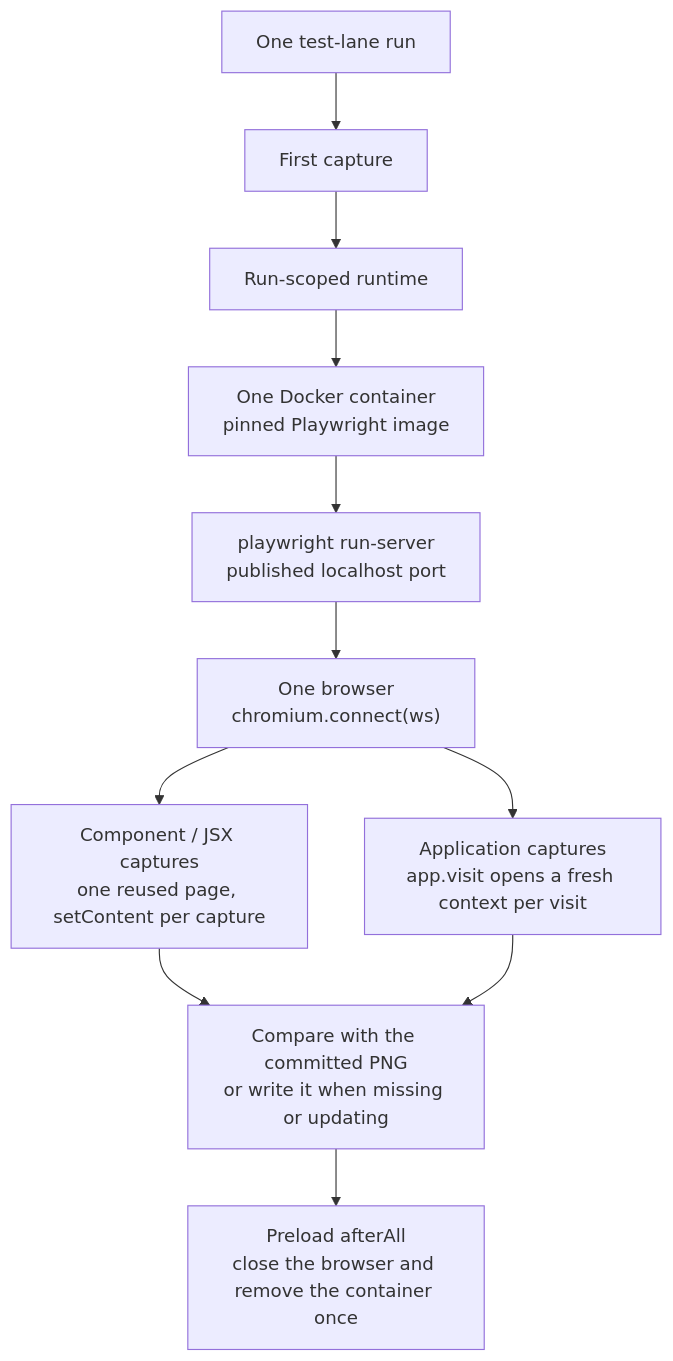
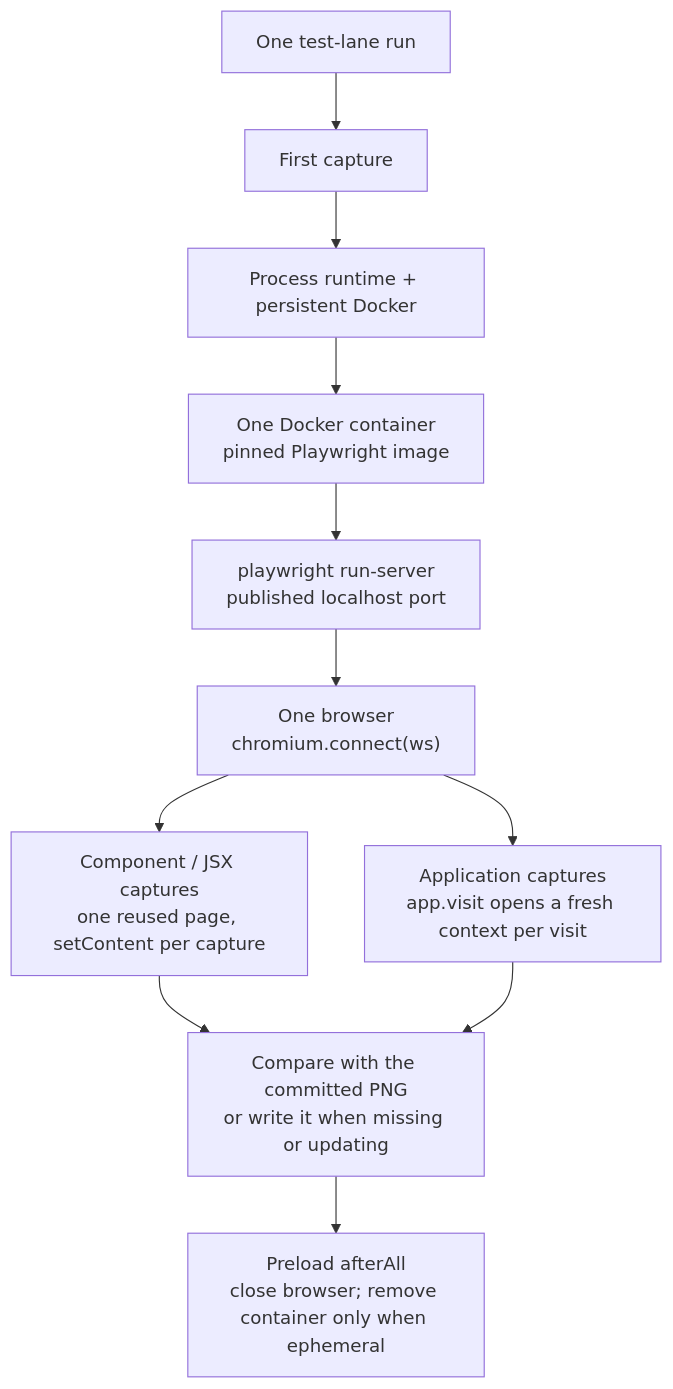
The diagram in docs/testing.md (TroyAlford/basis), drawn with Mermaid before and after one commit. The commit also changed other lines of this file and 167 other files, not shown here.

First line of the commit message:
feat(db): merge versioned database architecture (#306)

````diff
--- a/docs/testing.md
+++ b/docs/testing.md
@@ -46,13 +56,13 @@
 ```mermaid
 flowchart TD
     Run["One test-lane run"] --> First["First capture"]
-    First --> Runtime["Run-scoped runtime"]
+    First --> Runtime["Process runtime + persistent Docker"]
     Runtime --> Container["One Docker container<br/>pinned Playwright image"]
     Container --> Server["playwright run-server<br/>published localhost port"]
     Server --> Browser["One browser<br/>chromium.connect(ws)"]
     Browser --> Component["Component / JSX captures<br/>one reused page, setContent per capture"]
     Browser --> Visit["Application captures<br/>app.visit opens a fresh context per visit"]
     Component --> Compare["Compare with the committed PNG<br/>or write it when missing or updating"]
     Visit --> Compare
-    Compare --> Teardown["Preload afterAll<br/>close the browser and remove the container once"]
+    Compare --> Teardown["Preload afterAll<br/>close browser; remove container only when ephemeral"]
 ```
````
